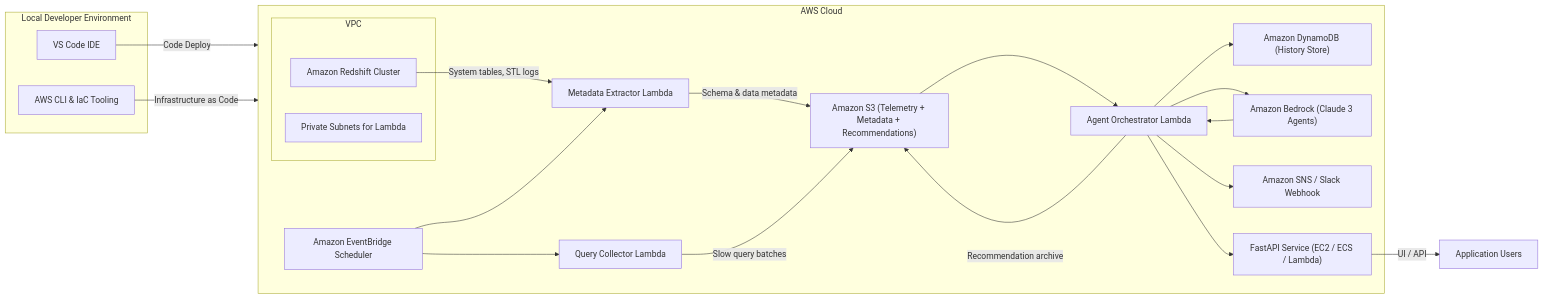
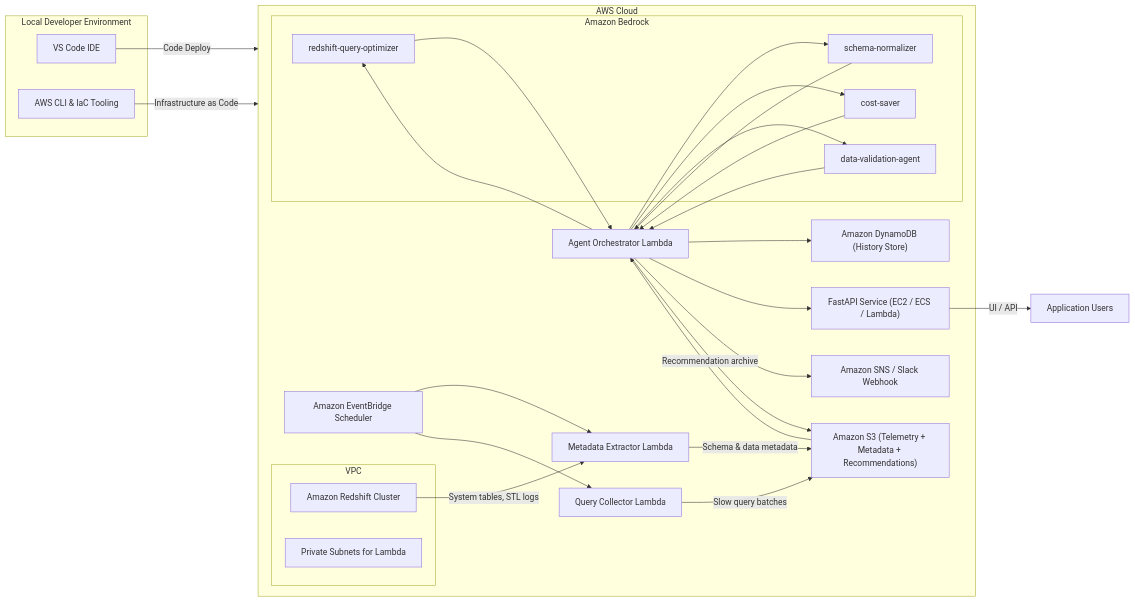
One commit to Smr2005/B_Project changed the diagram in awsredshiftmigration.md. Above: the diagram before and after it, drawn with Mermaid. The commit also changed other lines of this file, not shown here.

````diff
--- a/awsredshiftmigration.md
+++ b/awsredshiftmigration.md
@@ -46,39 +46,50 @@
 ```mermaid
 flowchart LR
     subgraph Client["Local Developer Environment"]
         VSCode["VS Code IDE"]
         CLI["AWS CLI & IaC Tooling"]
     end
 
     subgraph AWS["AWS Cloud"]
         subgraph Network["VPC"]
             RS["Amazon Redshift Cluster"]
             Lambdas["Private Subnets for Lambda"]
         end
         S3Metadata["Amazon S3 (Telemetry + Metadata + Recommendations)"]
         DynamoDB["Amazon DynamoDB (History Store)"]
         EventBridge["Amazon EventBridge Scheduler"]
         MetadataExtractor["Metadata Extractor Lambda"]
         QueryCollector["Query Collector Lambda"]
         AgentOrchestrator["Agent Orchestrator Lambda"]
-        Bedrock["Amazon Bedrock (Claude 3 Agents)"]
+        subgraph Bedrock["Amazon Bedrock"]
+            AgentOptimizer["redshift-query-optimizer"]
+            AgentSchema["schema-normalizer"]
+            AgentCost["cost-saver"]
+            AgentValidation["data-validation-agent"]
+        end
         SNS["Amazon SNS / Slack Webhook"]
         FastAPI["FastAPI Service (EC2 / ECS / Lambda)"]
     end
 
     VSCode -->|"Code Deploy"| AWS
     CLI -->|"Infrastructure as Code"| AWS
     RS -->|"System tables, STL logs"| MetadataExtractor
     MetadataExtractor -->|"Schema & data metadata"| S3Metadata
     EventBridge --> MetadataExtractor
     EventBridge --> QueryCollector
     QueryCollector -->|"Slow query batches"| S3Metadata
     S3Metadata --> AgentOrchestrator
-    AgentOrchestrator --> Bedrock
-    Bedrock --> AgentOrchestrator
+    AgentOrchestrator --> AgentOptimizer
+    AgentOrchestrator --> AgentSchema
+    AgentOrchestrator --> AgentCost
+    AgentOrchestrator --> AgentValidation
+    AgentOptimizer --> AgentOrchestrator
+    AgentSchema --> AgentOrchestrator
+    AgentCost --> AgentOrchestrator
+    AgentValidation --> AgentOrchestrator
     AgentOrchestrator --> DynamoDB
     AgentOrchestrator --> FastAPI
     AgentOrchestrator --> SNS
     AgentOrchestrator -->|"Recommendation archive"| S3Metadata
     FastAPI -->|"UI / API"| Clients["Application Users"]
 ```
````
